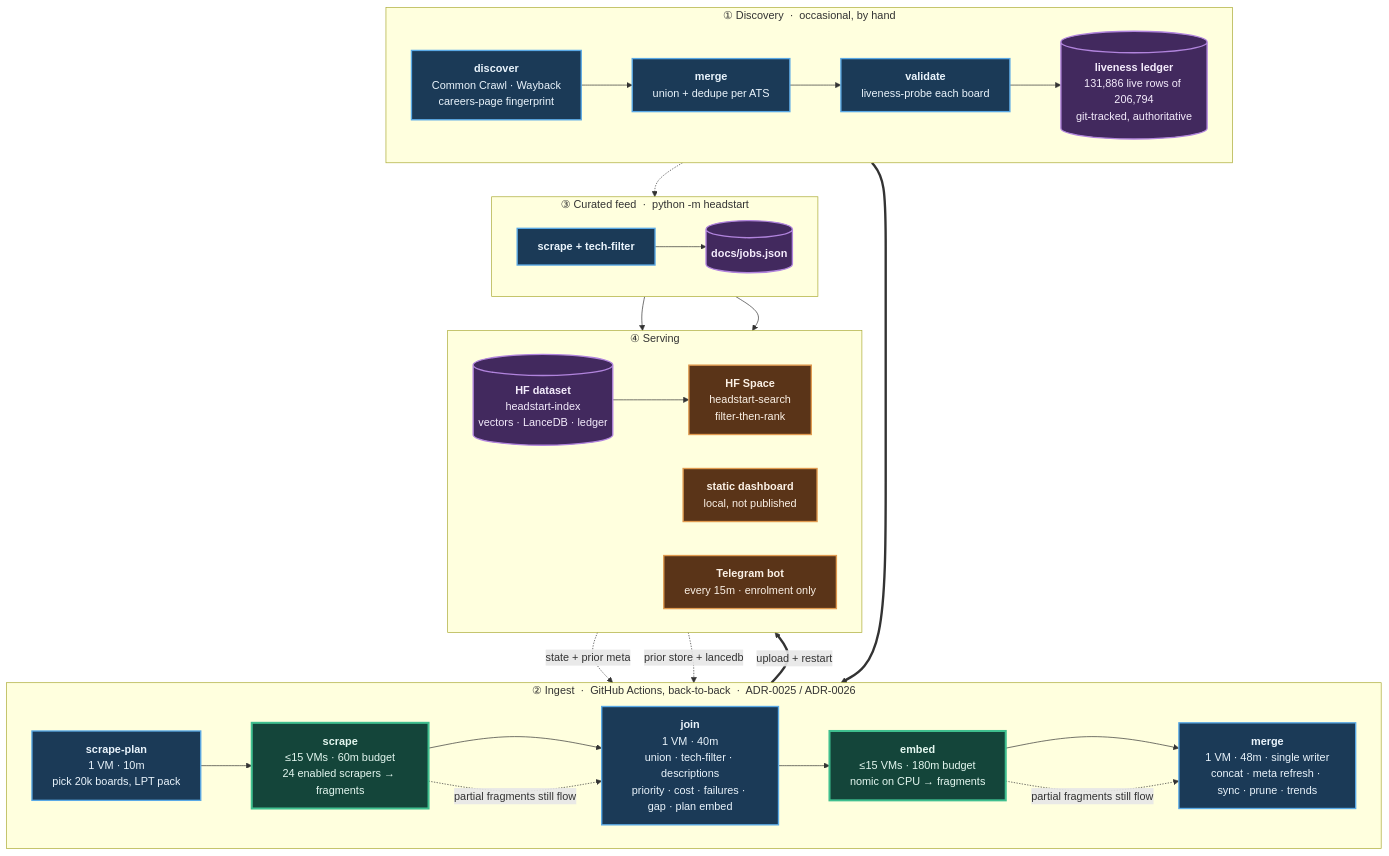
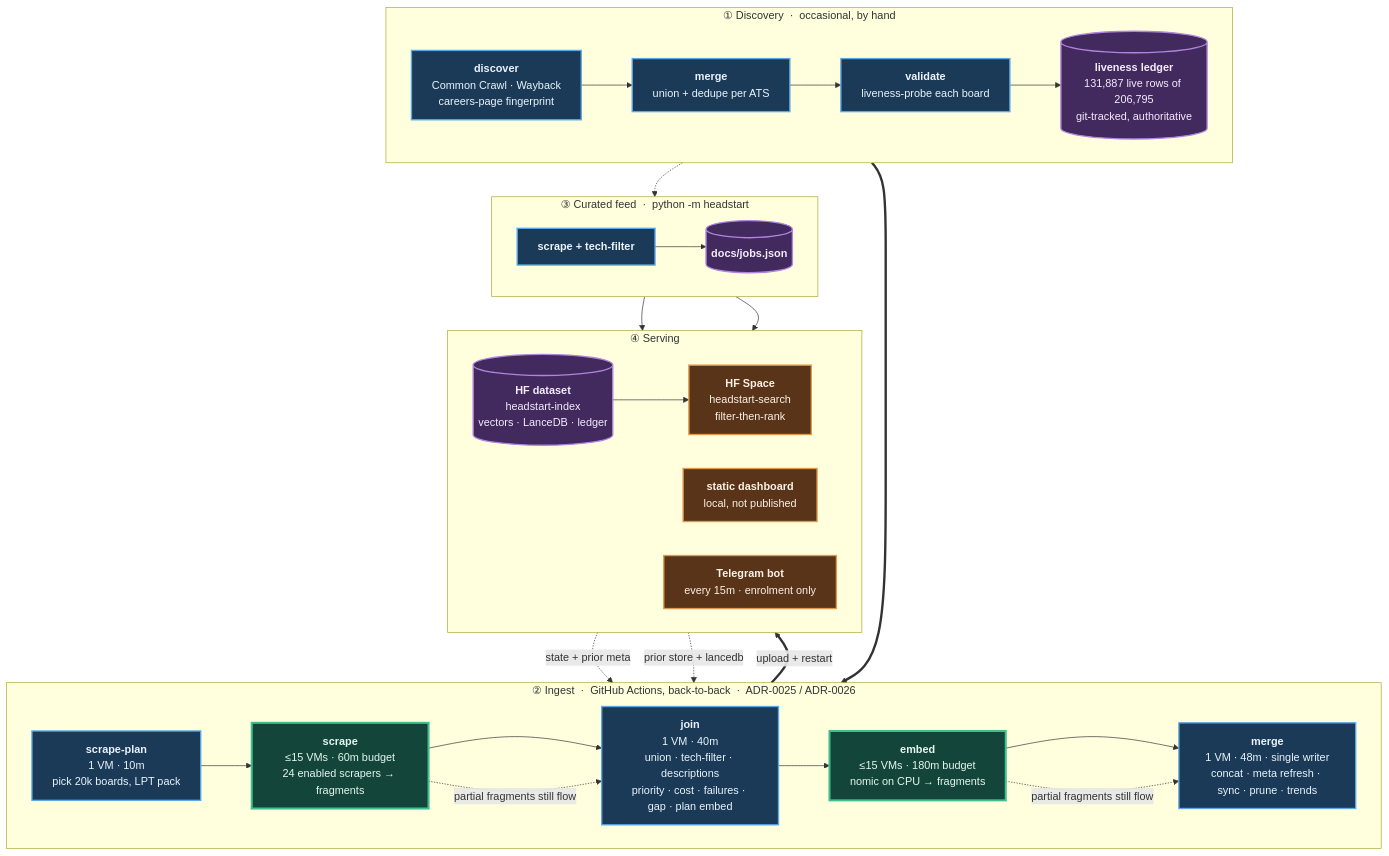
Before and after one commit to sarthakjain004/headstart: the diagram in README.md, drawn with Mermaid. The commit also changed other lines of this file and 8 other files, not shown here.

````diff
--- a/README.md
+++ b/README.md
@@ -84,56 +84,56 @@
 ```mermaid
 flowchart TB
     subgraph D["① Discovery &nbsp;·&nbsp; occasional, by hand"]
         direction LR
         D1["<b>discover</b><br/>Common Crawl · Wayback<br/>careers-page fingerprint"]
         D2["<b>merge</b><br/>union + dedupe per ATS"]
         D3["<b>validate</b><br/>liveness-probe each board"]
-        D4[("<b>liveness ledger</b><br/>131,886 live rows of 206,794<br/>git-tracked, authoritative")]
+        D4[("<b>liveness ledger</b><br/>131,887 live rows of 206,795<br/>git-tracked, authoritative")]
         D1 --> D2 --> D3 --> D4
     end
 
     subgraph P["② Ingest &nbsp;·&nbsp; GitHub Actions, back-to-back &nbsp;·&nbsp; ADR-0025 / ADR-0026"]
         direction LR
         P1["<b>scrape-plan</b><br/>1 VM · 10m<br/>pick 20k boards, LPT pack"]
         P2["<b>scrape</b><br/>≤15 VMs · 60m budget<br/>24 enabled scrapers → fragments"]
         P3["<b>join</b><br/>1 VM · 40m<br/>union · tech-filter · descriptions<br/>priority · cost · failures · gap · plan embed"]
         P4["<b>embed</b><br/>≤15 VMs · 180m budget<br/>nomic on CPU → fragments"]
         P5["<b>merge</b><br/>1 VM · 48m · single writer<br/>concat · meta refresh · sync · prune · trends"]
         P1 --> P2 --> P3 --> P4 --> P5
     end
 
     subgraph F["③ Curated feed &nbsp;·&nbsp; python -m headstart"]
         direction LR
         F1["<b>scrape + tech-filter</b>"]
         F2[("<b>docs/jobs.json</b>")]
         F1 --> F2
     end
 
     subgraph S["④ Serving"]
         direction LR
         S1[("<b>HF dataset</b><br/>headstart-index<br/>vectors · LanceDB · ledger")]
         S2["<b>HF Space</b><br/>headstart-search<br/>filter-then-rank"]
         S3["<b>static dashboard</b><br/>local, not published"]
         S4["<b>Telegram bot</b><br/>every 15m · enrolment only"]
         S1 --> S2
     end
 
     D4 ==> P1
     S1 -. "state + prior meta" .-> P1
     S1 -. "prior store + lancedb" .-> P5
     D4 -.-> F1
     P5 ==>|"upload + restart"| S1
     F2 --> S3
     F2 --> S4
     P2 -. "partial fragments still flow" .-> P3
     P4 -. "partial fragments still flow" .-> P5
 
     classDef serial fill:#1b3a57,stroke:#5aa9e6,stroke-width:2px,color:#eaf4fc
     classDef fan fill:#14453a,stroke:#3fbf8f,stroke-width:3px,color:#e4f7f0
     classDef store fill:#42295e,stroke:#b184dd,stroke-width:2px,color:#f4ecfc
     classDef serve fill:#5a3418,stroke:#e09a4f,stroke-width:2px,color:#fbf1e6
     class D1,D2,D3,P1,P3,P5,F1 serial
     class P2,P4 fan
     class D4,F2,S1 store
     class S2,S3,S4 serve
 ```
````
